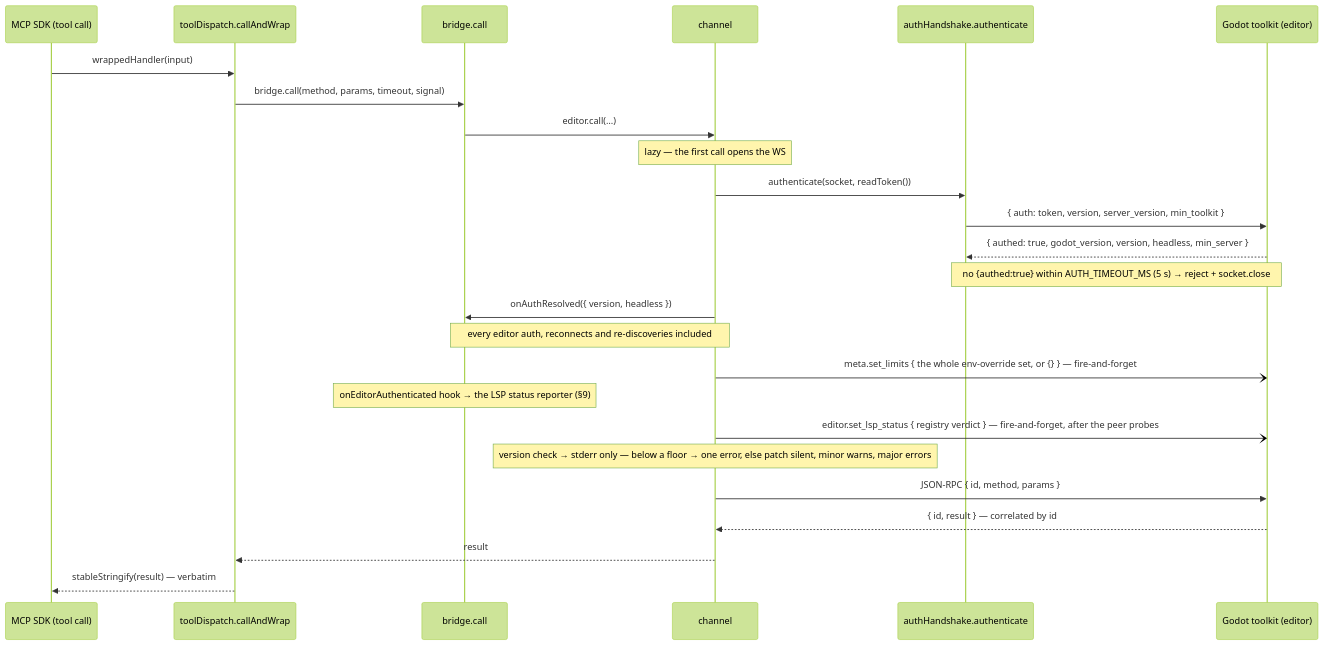
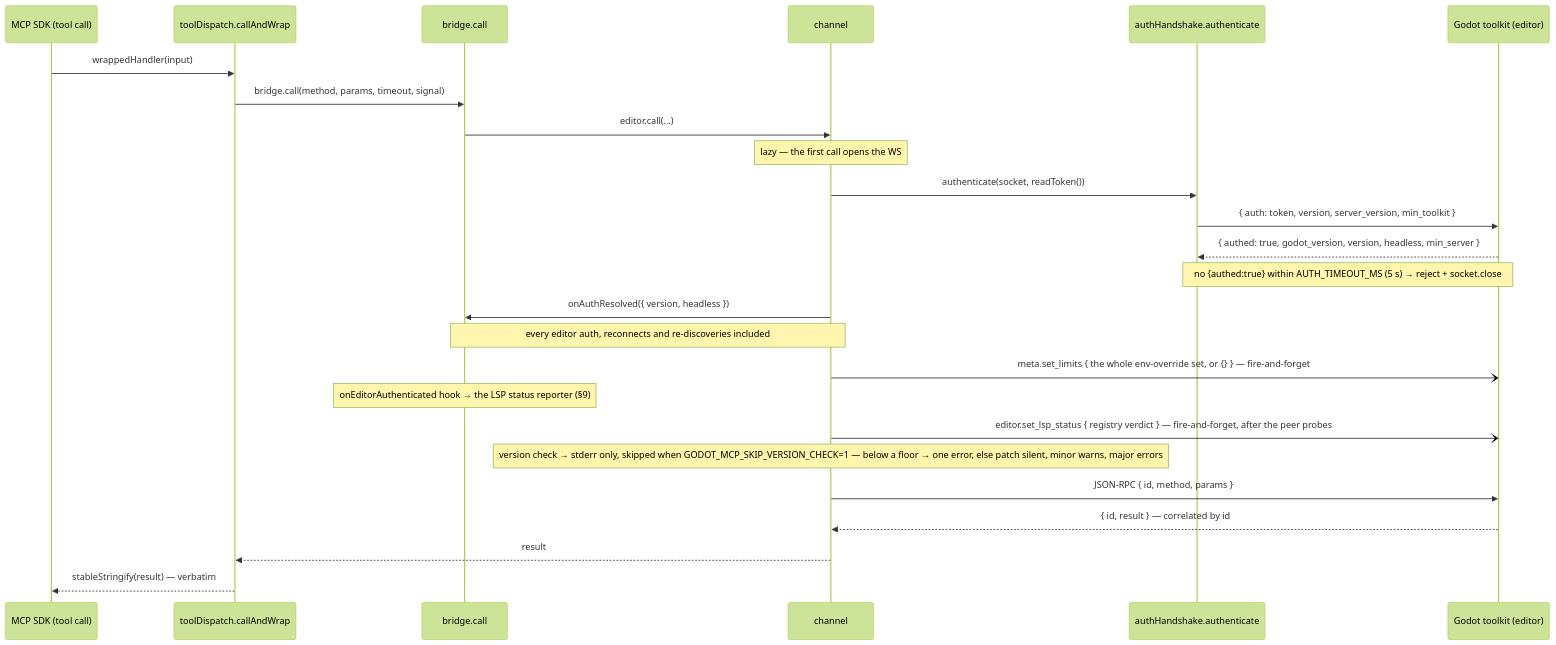
Before and after one commit to NPGameDev/godot-mcp-server: the fourth of 13 diagrams in docs/architecture/README.md, drawn with Mermaid (forest theme). The commit also changed other lines of this file, not shown here.

First line of the commit message:
docs(arch): re-attest the startup and handshake figures at the skip opt-out

````diff
--- a/docs/architecture/README.md
+++ b/docs/architecture/README.md
@@ -281,27 +283,27 @@
 ```mermaid
 sequenceDiagram
     participant SDK as MCP SDK (tool call)
     participant D as toolDispatch.callAndWrap
     participant B as bridge.call
     participant Ch as channel
     participant A as authHandshake.authenticate
     participant TK as Godot toolkit (editor)
     SDK->>D: wrappedHandler(input)
     D->>B: bridge.call(method, params, timeout, signal)
     B->>Ch: editor.call(…)
     Note over Ch: lazy — the first call opens the WS
     Ch->>A: authenticate(socket, readToken())
     A->>TK: { auth: token, version, server_version, min_toolkit }
     TK-->>A: { authed: true, godot_version, version, headless, min_server }
     Note over A,TK: no {authed:true} within AUTH_TIMEOUT_MS (5 s) → reject + socket.close
     Ch->>B: onAuthResolved({ version, headless })
     Note over B,Ch: every editor auth, reconnects and re-discoveries included
     Ch-)TK: meta.set_limits { the whole env-override set, or {} } — fire-and-forget
     Note over B: onEditorAuthenticated hook → the LSP status reporter (§9)
     Ch-)TK: editor.set_lsp_status { registry verdict } — fire-and-forget, after the peer probes
-    Note over Ch: version check → stderr only — below a floor → one error, else patch silent, minor warns, major errors
+    Note over Ch: version check → stderr only, skipped when GODOT_MCP_SKIP_VERSION_CHECK=1 — below a floor → one error, else patch silent, minor warns, major errors
     Ch->>TK: JSON-RPC { id, method, params }
     TK-->>Ch: { id, result } — correlated by id
     Ch-->>D: result
     D-->>SDK: stableStringify(result) — verbatim
 ```
````
